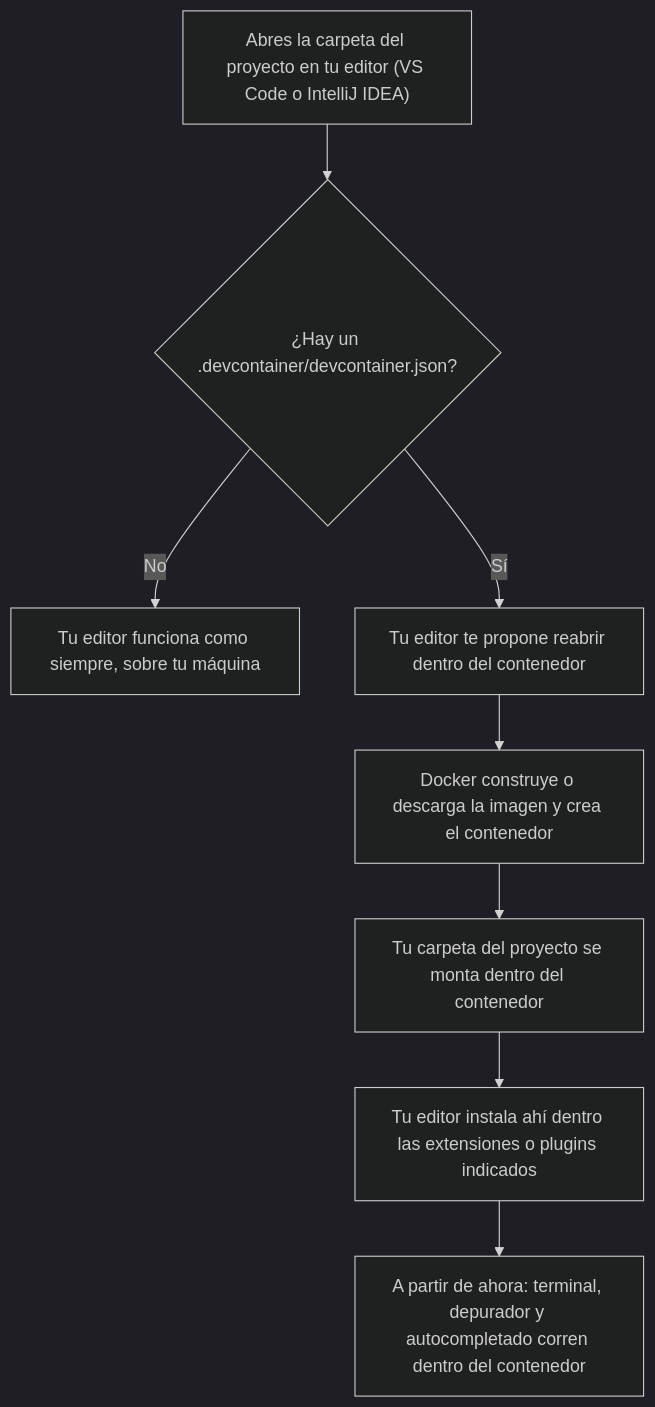
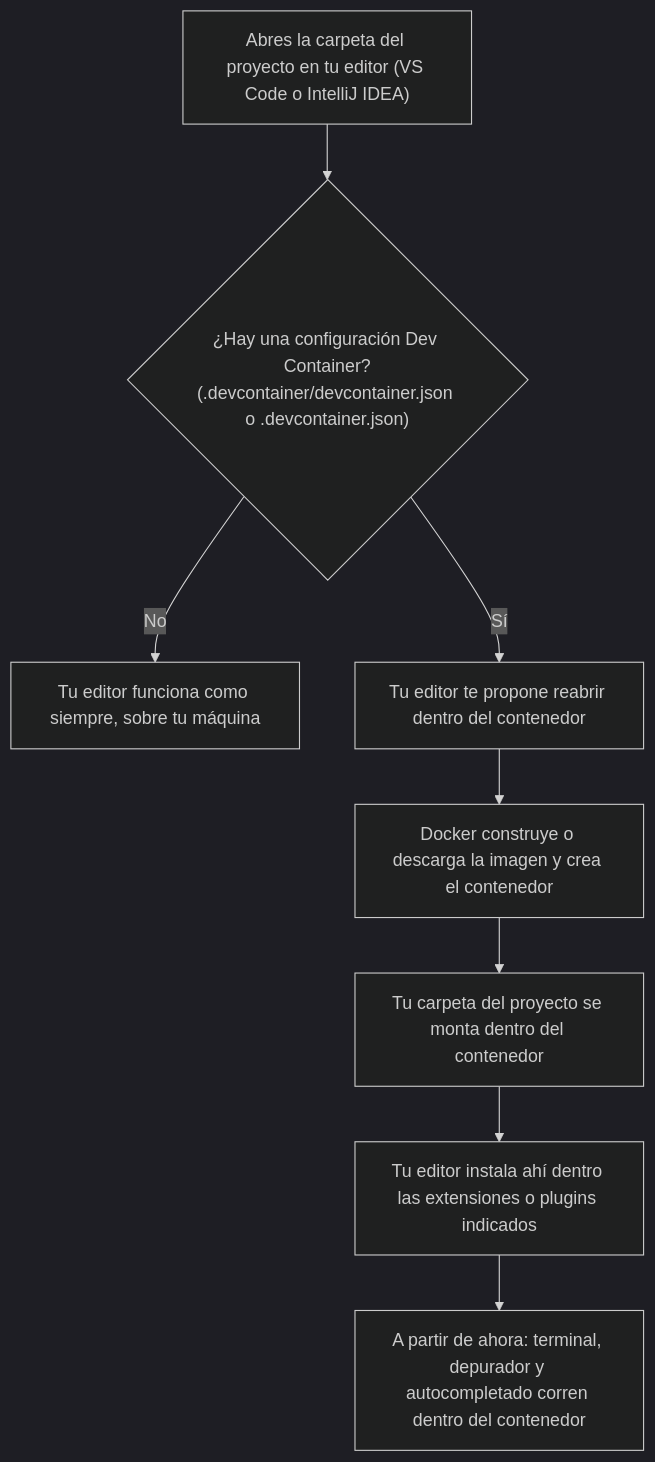
One commit to aitorventura/acceso-a-datos changed the diagram in docs/tema0/dev-containers.md. Above: the diagram before and after it, drawn with Mermaid (dark theme). The commit also changed other lines of this file and 1 other file, not shown here.

Commit message:
docs: dev-containers con detalle añadido

````diff
--- a/docs/tema0/dev-containers.md
+++ b/docs/tema0/dev-containers.md
@@ -27,10 +27,11 @@
 ```mermaid
 flowchart TD
-    A["Abres la carpeta del proyecto en tu editor (VS Code o IntelliJ IDEA)"] --> B{"¿Hay un .devcontainer/devcontainer.json?"}
+    A["Abres la carpeta del proyecto en tu editor (VS Code o IntelliJ IDEA)"] --> B{"¿Hay una configuración Dev Container?
+(.devcontainer/devcontainer.json o .devcontainer.json)"}
     B -- No --> H["Tu editor funciona como siempre, sobre tu máquina"]
     B -- Sí --> C["Tu editor te propone reabrir dentro del contenedor"]
     C --> D["Docker construye o descarga la imagen y crea el contenedor"]
     D --> E["Tu carpeta del proyecto se monta dentro del contenedor"]
     E --> F["Tu editor instala ahí dentro las extensiones o plugins indicados"]
     F --> G["A partir de ahora: terminal, depurador y autocompletado corren dentro del contenedor"]
 ```
````
